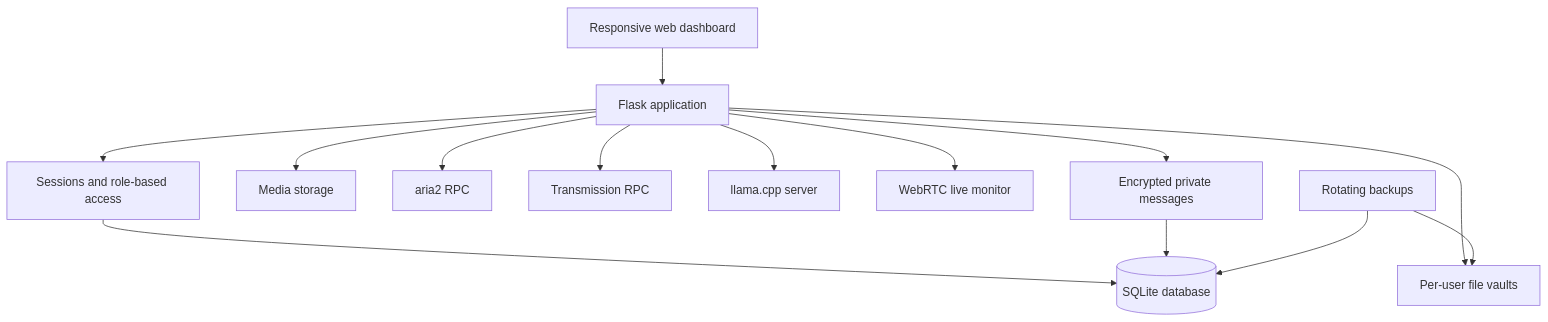
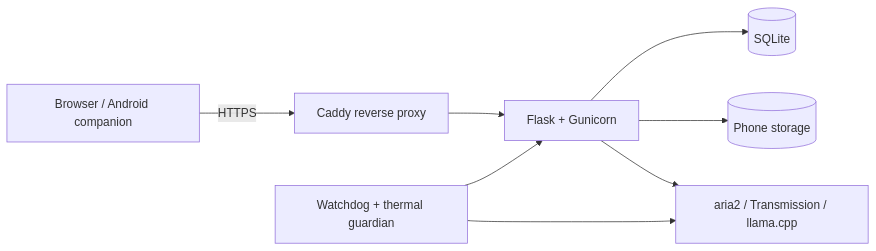
Before and after one commit to clementinny/cloud-in-buzunar: the diagram in README.md, drawn with Mermaid. The commit also changed other lines of this file and 9 other files, not shown here.

````diff
--- a/README.md
+++ b/README.md
@@ -175,29 +76,10 @@
 ```mermaid
-flowchart TD
-    Browser[Responsive web dashboard]
-    Flask[Flask application]
-    Auth[Sessions and role-based access]
-    SQLite[(SQLite database)]
-    Vault[Per-user file vaults]
-    Media[Media storage]
-    Aria2[aria2 RPC]
-    Transmission[Transmission RPC]
-    Llama[llama.cpp server]
-    Monitor[WebRTC live monitor]
-    Messages[Encrypted private messages]
-    Backup[Rotating backups]
-
-    Browser --> Flask
-    Flask --> Auth
-    Auth --> SQLite
-    Flask --> Vault
-    Flask --> Media
-    Flask --> Aria2
-    Flask --> Transmission
-    Flask --> Llama
-    Flask --> Monitor
-    Flask --> Messages
-    Messages --> SQLite
-    Backup --> SQLite
-    Backup --> Vault
+flowchart LR
+    Client[Browser / Android companion] -->|HTTPS| Caddy[Caddy reverse proxy]
+    Caddy --> Flask[Flask + Gunicorn]
+    Flask --> SQLite[(SQLite)]
+    Flask --> Storage[(Phone storage)]
+    Flask --> Services[aria2 / Transmission / llama.cpp]
+    Watchdog[Watchdog + thermal guardian] --> Flask
+    Watchdog --> Services
 ```
````
